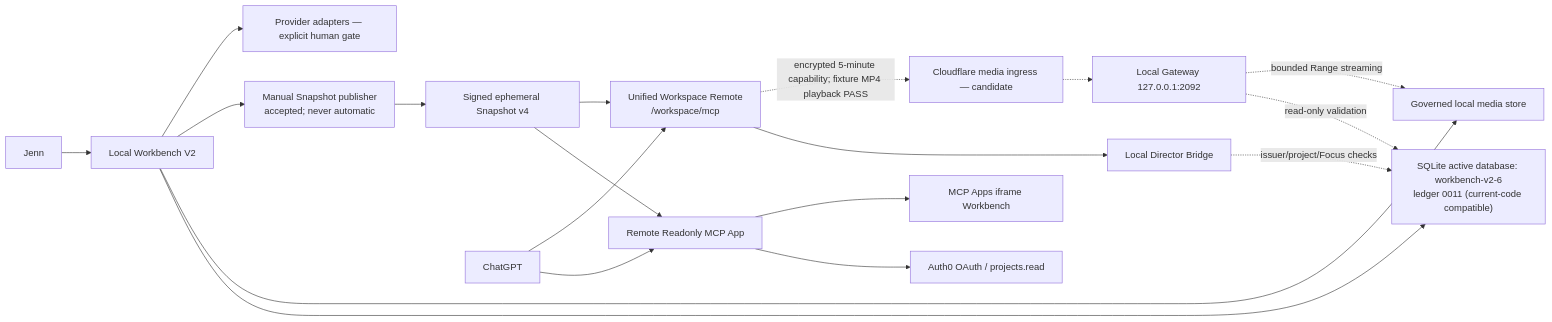
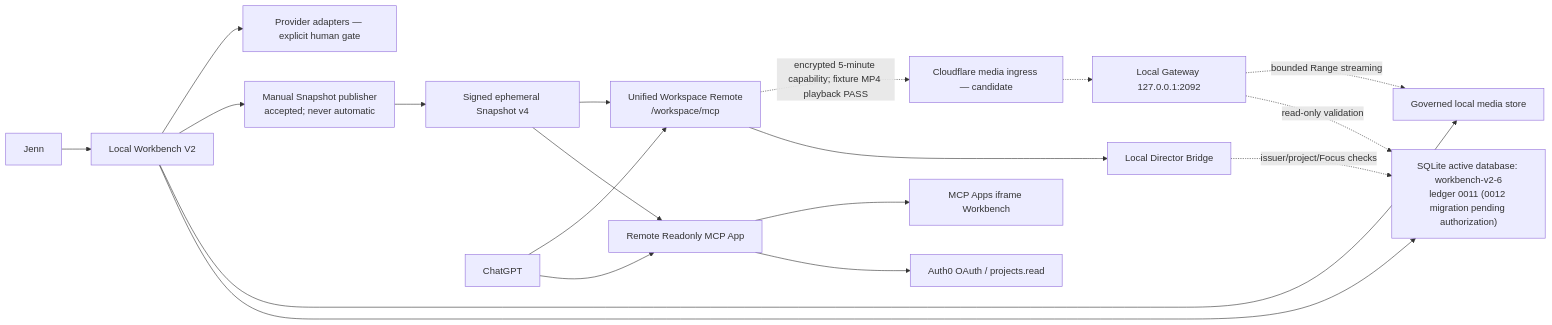
Before and after one commit to JENN2046/AI-Video-Production-Local-Bridge: the diagram in docs/ARCHITECTURE.md, drawn with Mermaid. The commit also changed other lines of this file and 24 other files, not shown here.

````diff
--- a/docs/ARCHITECTURE.md
+++ b/docs/ARCHITECTURE.md
@@ -8,21 +8,21 @@
 ```mermaid
 flowchart LR
     J["Jenn"] --> W["Local Workbench V2"]
-    W --> DB["SQLite active database: workbench-v2-6\nledger 0011 (current-code compatible)"]
+    W --> DB["SQLite active database: workbench-v2-6\nledger 0011 (0012 migration pending authorization)"]
     W --> FS["Governed local media store"]
     W --> PA["Manual Snapshot publisher\naccepted; never automatic"]
     PA --> SS["Signed ephemeral Snapshot v4"]
     SS --> RM["Remote Readonly MCP App"]
     C["ChatGPT"] --> RM
     RM --> AU["Auth0 OAuth / projects.read"]
     RM --> UI["MCP Apps iframe Workbench"]
     C --> UW["Unified Workspace Remote\n/workspace/mcp"]
     SS --> UW
     UW --> DBR["Local Director Bridge"]
     DBR -. "issuer/project/Focus checks" .-> DB
     UW -. "encrypted 5-minute capability; fixture MP4 playback PASS" .-> CF["Cloudflare media ingress — candidate"]
     CF -.-> GW["Local Gateway 127.0.0.1:2092"]
     GW -. "read-only validation" .-> DB
     GW -. "bounded Range streaming" .-> FS
     W --> PR["Provider adapters — explicit human gate"]
 ```
````
